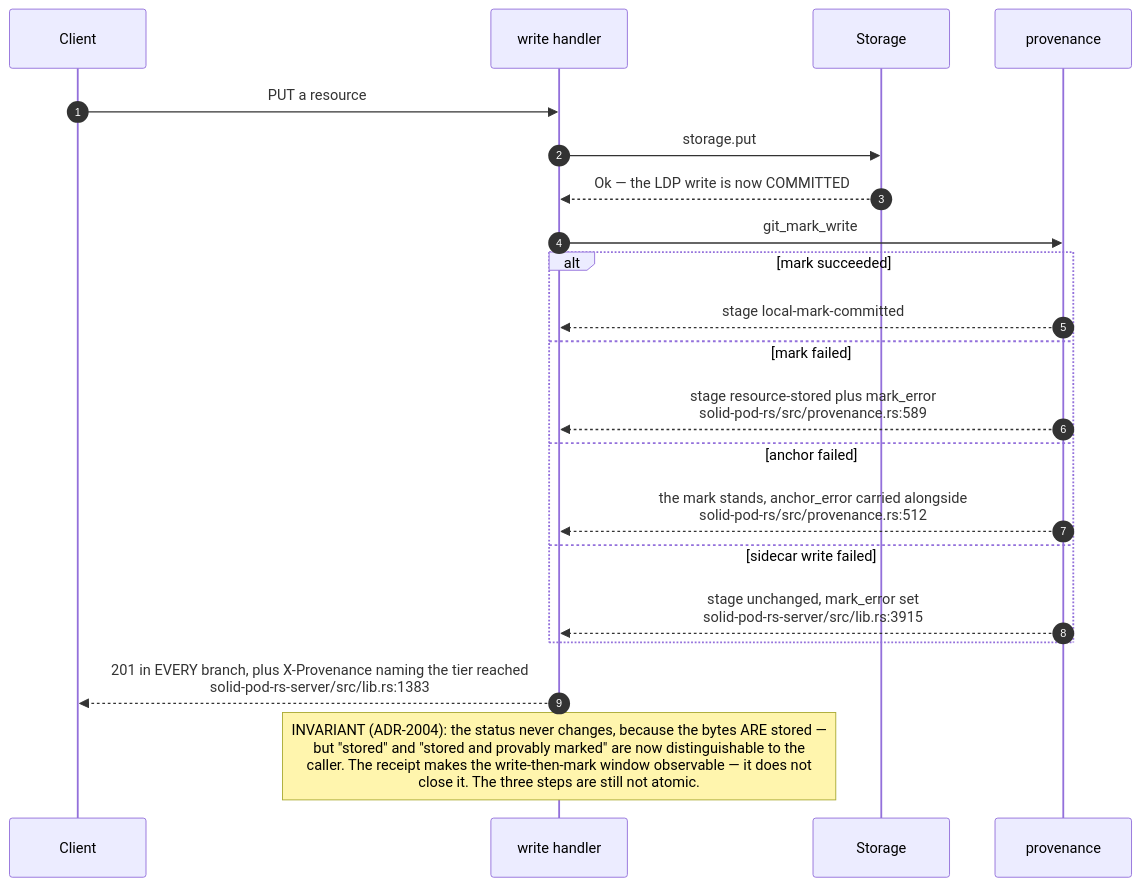
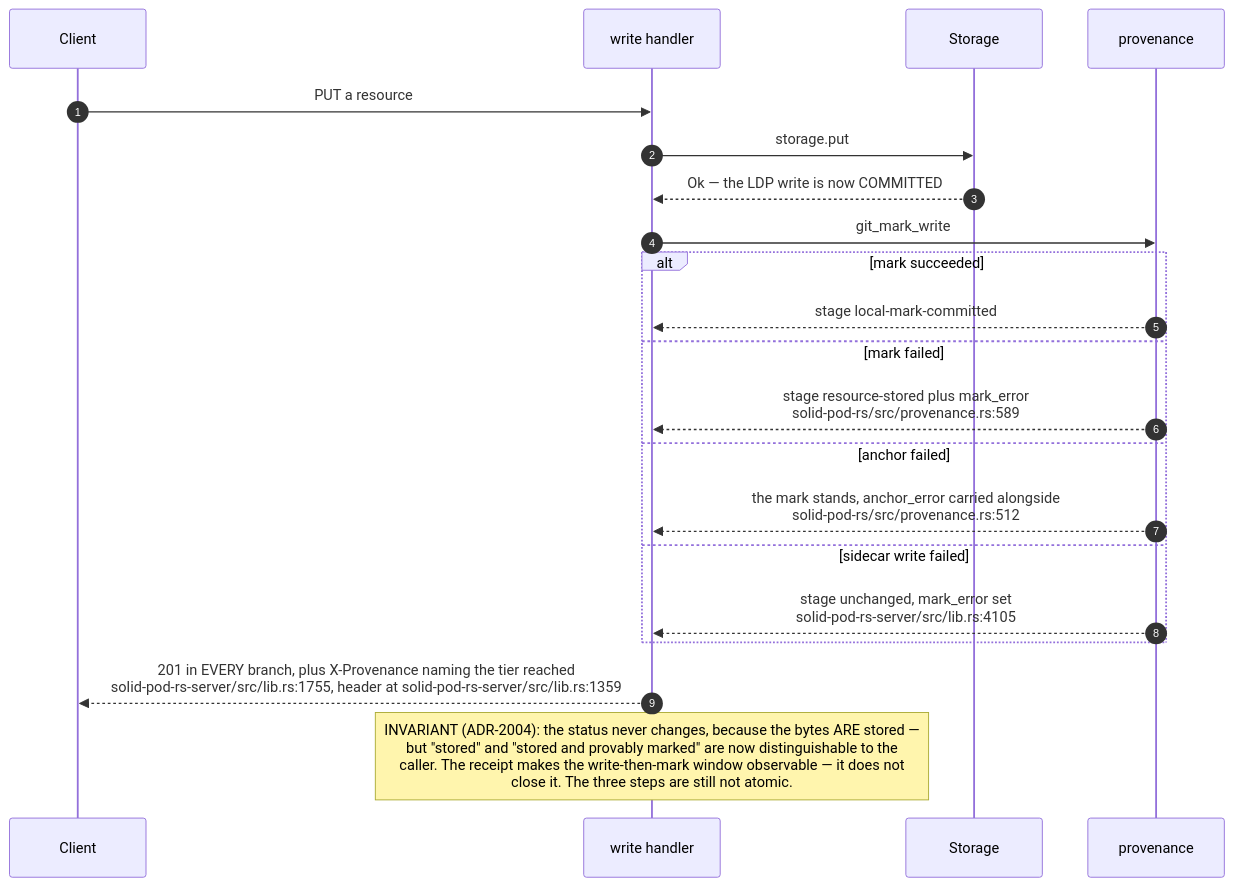
Before and after one commit to DreamLab-AI/VisionFlow: the third of 12 diagrams in docs/diagrams/solid-pod-rs/10-failure-modes-and-invariants.md, drawn with Mermaid. The commit also changed other lines of this file and 47 other files, not shown here.

````diff
--- a/docs/diagrams/solid-pod-rs/10-failure-modes-and-invariants.md
+++ b/docs/diagrams/solid-pod-rs/10-failure-modes-and-invariants.md
@@ -96,25 +109,25 @@
 ```mermaid
 sequenceDiagram
     autonumber
     participant C as Client
     participant H as write handler
     participant S as Storage
     participant P as provenance
 
     C->>H: PUT a resource
     H->>S: storage.put
     S-->>H: Ok — the LDP write is now COMMITTED
     H->>P: git_mark_write
     alt mark succeeded
         P-->>H: stage local-mark-committed
     else mark failed
         P-->>H: stage resource-stored plus mark_error<br/>solid-pod-rs/src/provenance.rs:589
     else anchor failed
         P-->>H: the mark stands, anchor_error carried alongside<br/>solid-pod-rs/src/provenance.rs:512
     else sidecar write failed
-        P-->>H: stage unchanged, mark_error set<br/>solid-pod-rs-server/src/lib.rs:3915
+        P-->>H: stage unchanged, mark_error set<br/>solid-pod-rs-server/src/lib.rs:4105
     end
-    H-->>C: 201 in EVERY branch, plus X-Provenance naming the tier reached<br/>solid-pod-rs-server/src/lib.rs:1383
+    H-->>C: 201 in EVERY branch, plus X-Provenance naming the tier reached<br/>solid-pod-rs-server/src/lib.rs:1755, header at solid-pod-rs-server/src/lib.rs:1359
 
     Note over H: INVARIANT (ADR-2004): the status never changes, because the bytes ARE stored —<br/>but "stored" and "stored and provably marked" are now distinguishable to the<br/>caller. The receipt makes the write-then-mark window observable — it does not<br/>close it. The three steps are still not atomic.
 ```
````
